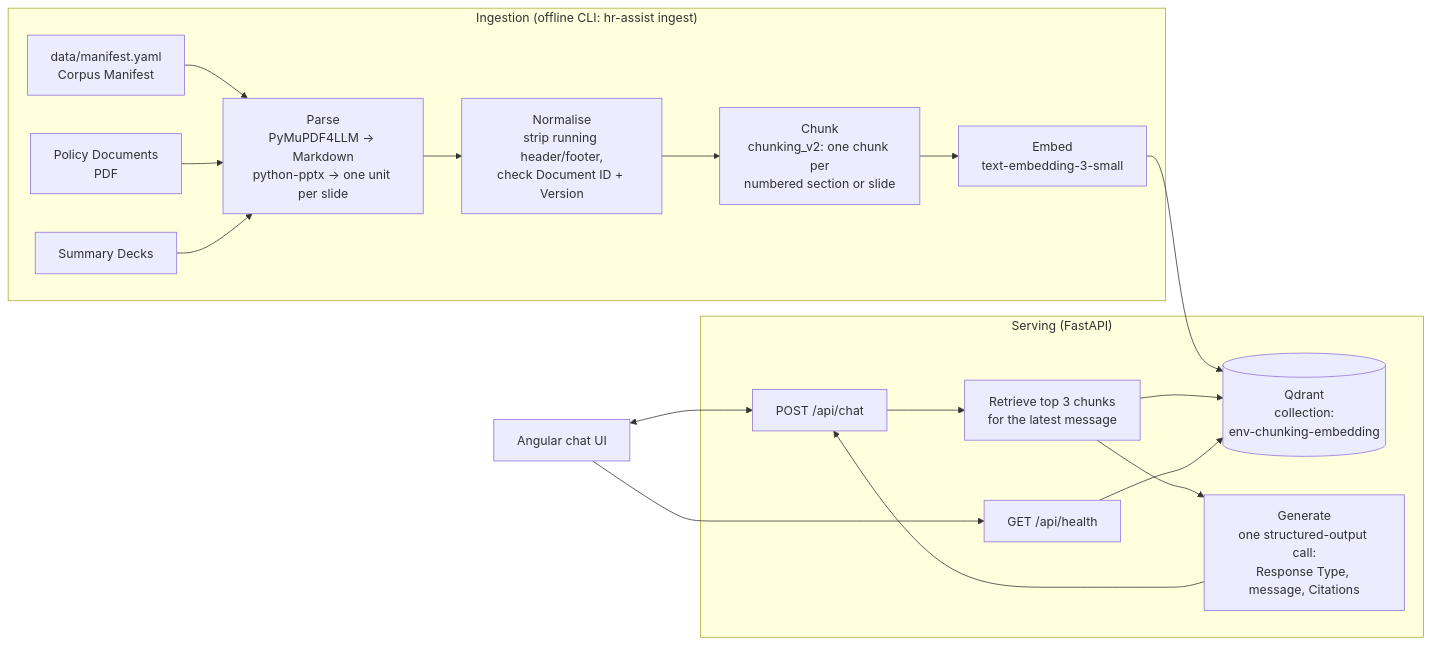
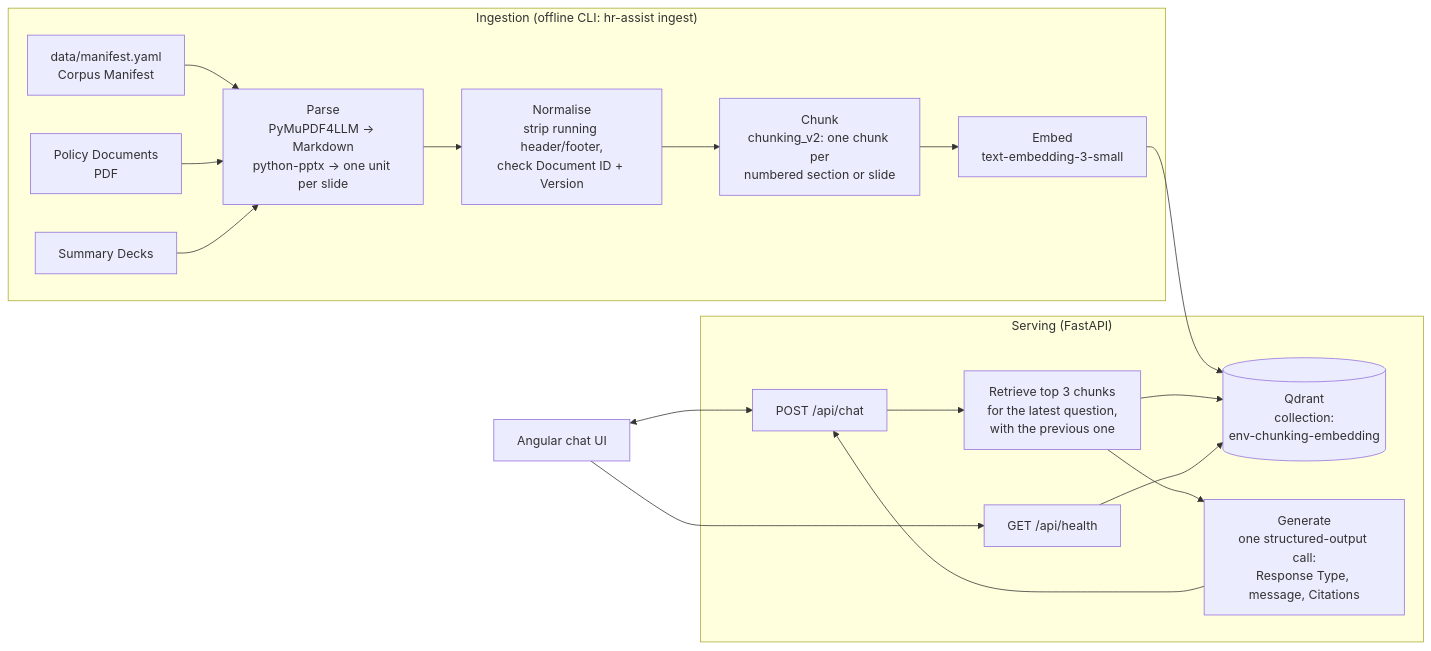
One commit to NaveenManjappa/hr-assist changed the diagram in README.md. Above: the diagram before and after it, drawn with Mermaid. The commit also changed other lines of this file and 15 other files, not shown here.

First line of the commit message:
Search only current documents, search follow-ups with the previous question, and keep replies short

````diff
--- a/README.md
+++ b/README.md
@@ -20,24 +20,24 @@
 ```mermaid
 flowchart LR
     subgraph Ingestion["Ingestion (offline CLI: hr-assist ingest)"]
         M[data/manifest.yaml<br/>Corpus Manifest] --> P
         PDF[Policy Documents<br/>PDF] --> P[Parse<br/>PyMuPDF4LLM → Markdown<br/>python-pptx → one unit per slide]
         PPTX[Summary Decks] --> P
         P --> N[Normalise<br/>strip running header/footer,<br/>check Document ID + Version]
         N --> C[Chunk<br/>chunking_v2: one chunk per<br/>numbered section or slide]
         C --> E1[Embed<br/>text-embedding-3-small]
     end
 
     E1 --> Q[(Qdrant<br/>collection:<br/>env-chunking-embedding)]
 
     subgraph Serving["Serving (FastAPI)"]
-        API["POST /api/chat"] --> R[Retrieve top 3 chunks<br/>for the latest message]
+        API["POST /api/chat"] --> R[Retrieve top 3 chunks<br/>for the latest question,<br/>with the previous one]
         R --> Q
         R --> G[Generate<br/>one structured-output call:<br/>Response Type, message, Citations]
         G --> API
         H["GET /api/health"] --> Q
     end
 
     UI[Angular chat UI] <--> API
     UI --> H
 ```
````
